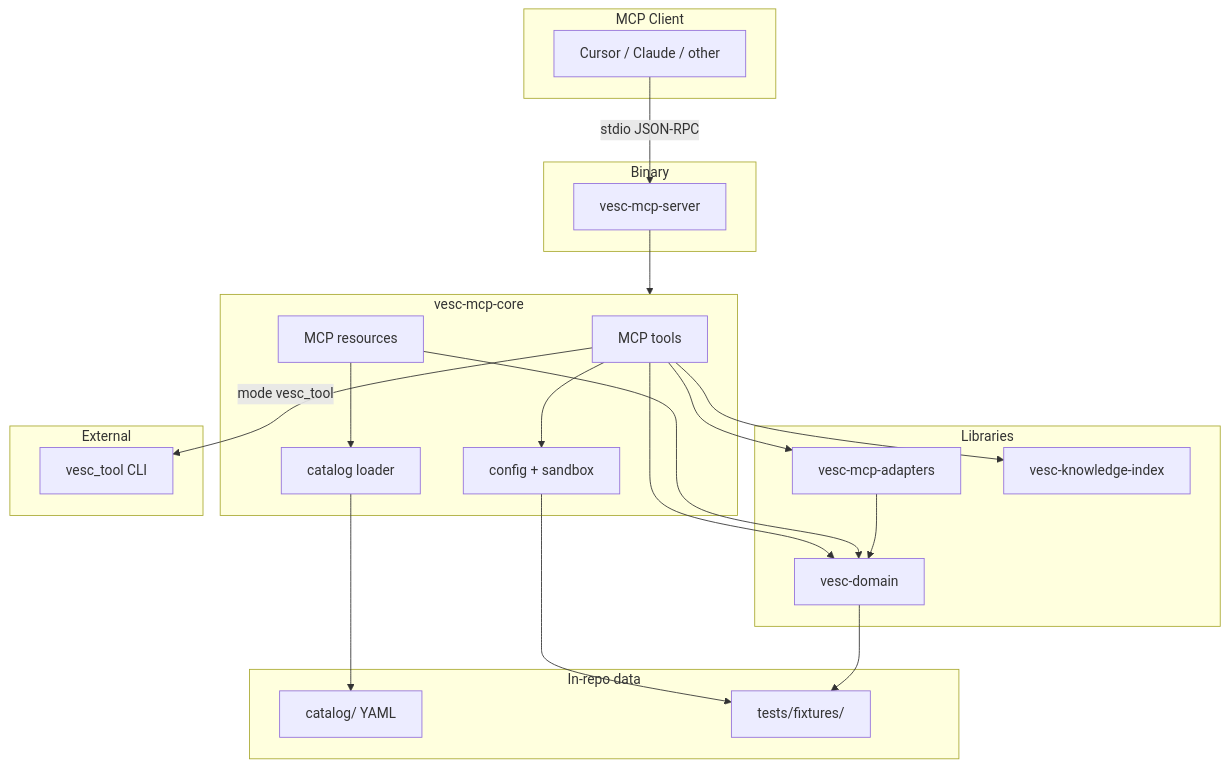
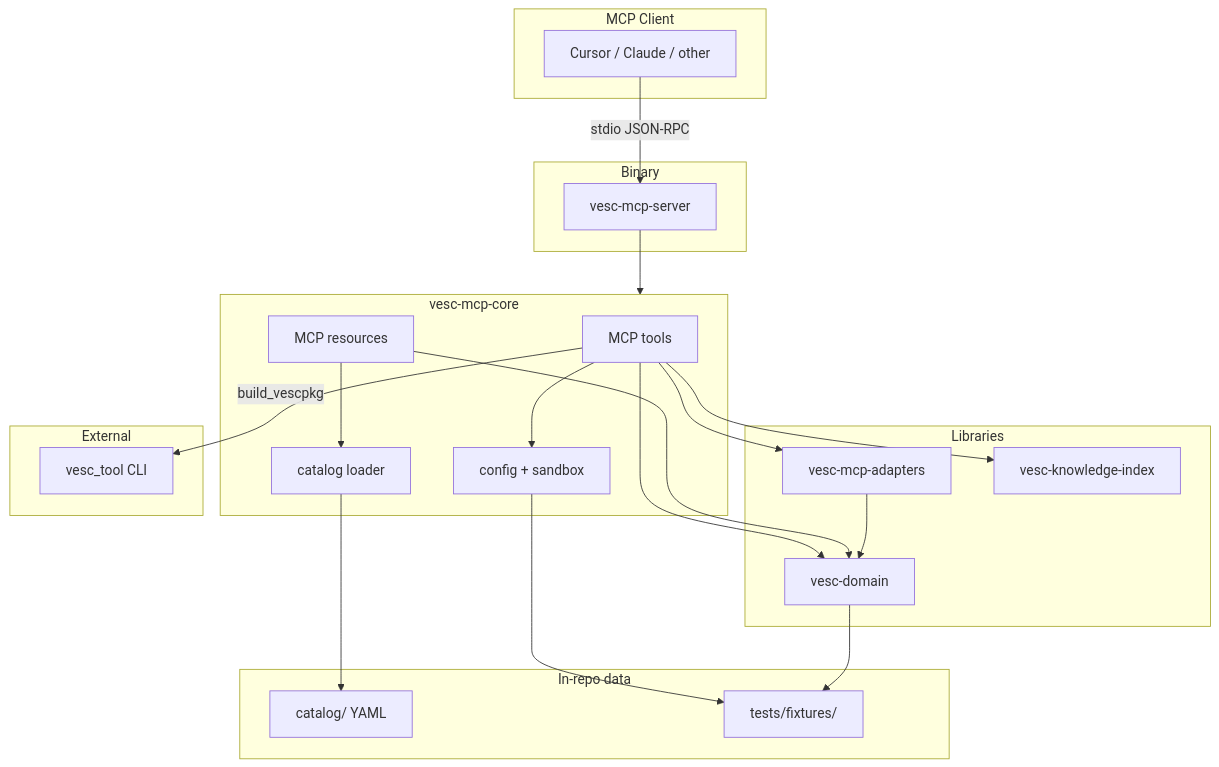
One commit to mjc/vesc-mcp changed the first of 2 diagrams in docs/architecture.md. Above: the diagram before and after it, drawn with Mermaid. The commit also changed other lines of this file and 37 other files, not shown here.

First line of the commit message:
refactor: remove in-repo Rust packer; build_vescpkg uses vesc_tool only

````diff
--- a/docs/architecture.md
+++ b/docs/architecture.md
@@ -7,46 +7,46 @@
 ```mermaid
 flowchart TB
   subgraph client [MCP Client]
     IDE[Cursor / Claude / other]
   end
 
   subgraph server_bin [Binary]
     SRV[vesc-mcp-server]
   end
 
   subgraph core [vesc-mcp-core]
     TOOLS[MCP tools]
     RES[MCP resources]
     CFG[config + sandbox]
     CAT[catalog loader]
   end
 
   subgraph libs [Libraries]
     DOM[vesc-domain]
     ADP[vesc-mcp-adapters]
     IDX[vesc-knowledge-index]
   end
 
   subgraph external [External]
     VTOOL[vesc_tool CLI]
   end
 
   subgraph data [In-repo data]
     CATALOG[catalog/ YAML]
     FIX[tests/fixtures/]
   end
 
   IDE -->|stdio JSON-RPC| SRV
   SRV --> core
   TOOLS --> DOM
   TOOLS --> ADP
   TOOLS --> IDX
   TOOLS --> CFG
   RES --> CAT
   RES --> DOM
   CAT --> CATALOG
   ADP --> DOM
-  TOOLS -->|mode vesc_tool| VTOOL
+  TOOLS -->|build_vescpkg| VTOOL
   CFG --> FIX
   DOM --> FIX
 ```
````
